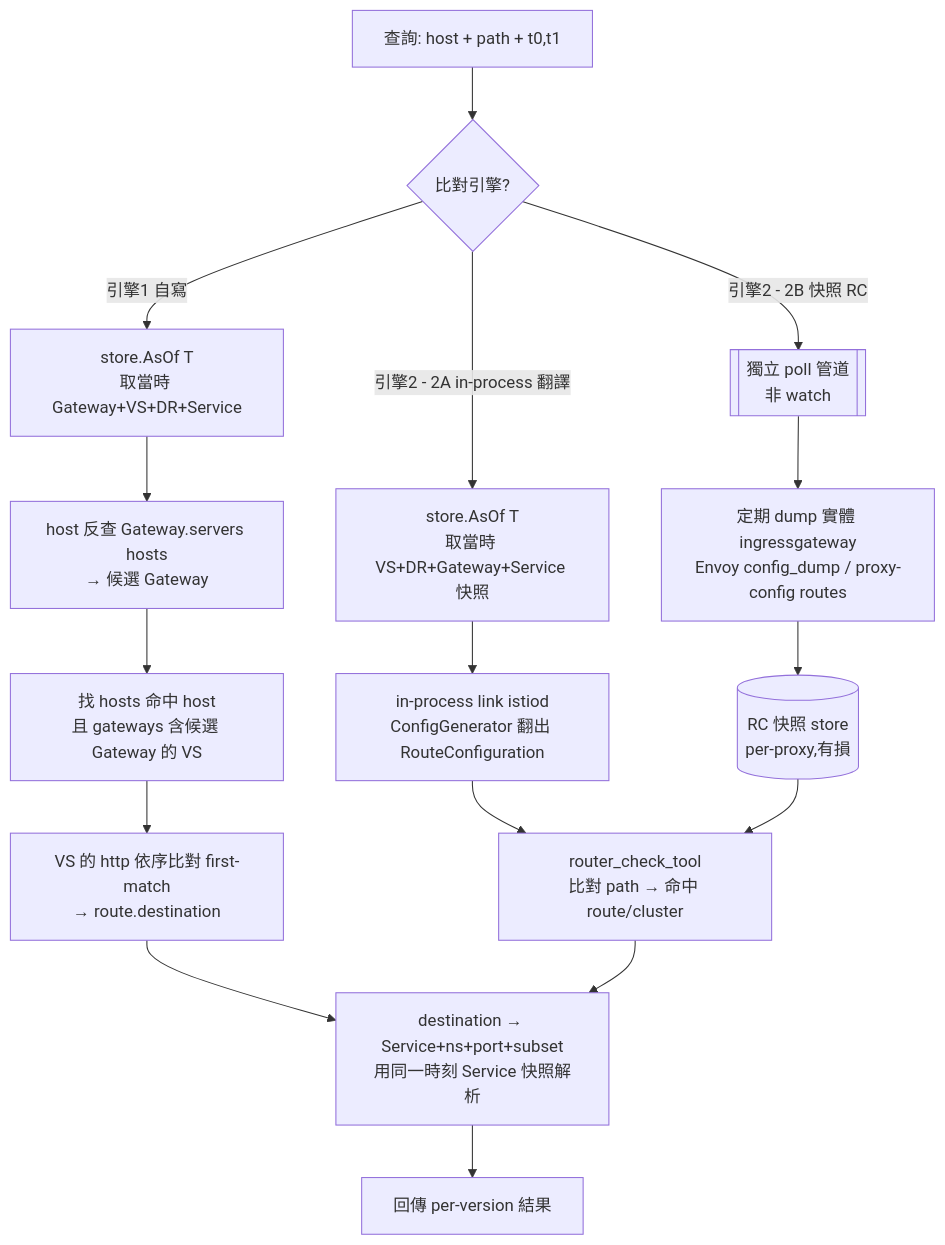
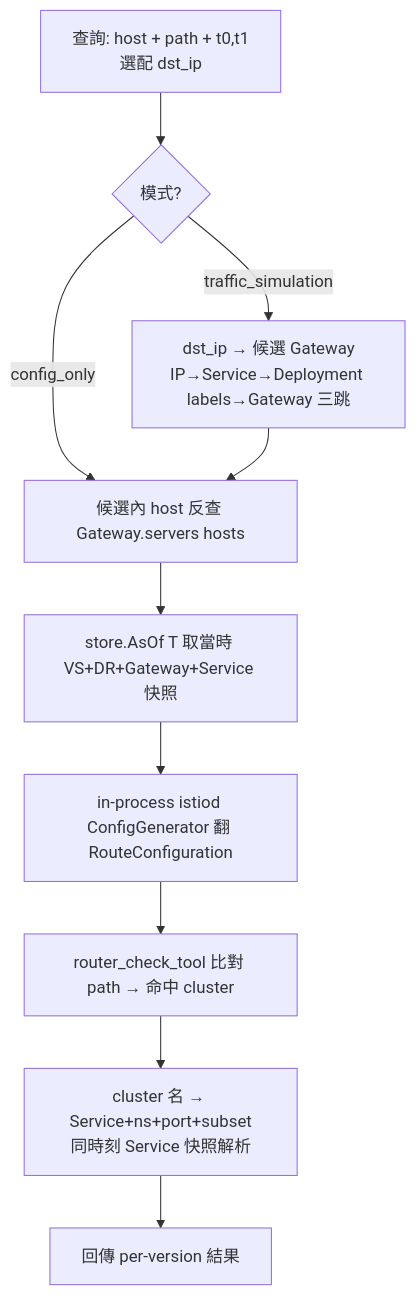
The fifth of 6 diagrams in docs/istio-virtualservice-routing-history-design.md (jcswiftie13/custom-k8s-resource-metadata-watcher), drawn with Mermaid before and after one commit. The commit also changed other lines of this file and 12 other files, not shown here.

````diff
--- a/docs/istio-virtualservice-routing-history-design.md
+++ b/docs/istio-virtualservice-routing-history-design.md
@@ -114,22 +170,12 @@
 ```mermaid
 graph TD
-    Q[查詢: host + path + t0,t1] --> R{比對引擎?}
-
-    R -->|引擎1 自寫| S1[store.AsOf T<br/>取當時 Gateway+VS+DR+Service]
-    S1 --> S2[host 反查 Gateway.servers hosts<br/>→ 候選 Gateway]
-    S2 --> S3[找 hosts 命中 host<br/>且 gateways 含候選 Gateway 的 VS]
-    S3 --> S4[VS 的 http 依序比對 first-match<br/>→ route.destination]
-
-    R -->|引擎2 - 2A in-process 翻譯| T1[store.AsOf T<br/>取當時 VS+DR+Gateway+Service 快照]
-    T1 --> T2[in-process link istiod<br/>ConfigGenerator 翻出 RouteConfiguration]
-    T2 --> U[router_check_tool<br/>比對 path → 命中 route/cluster]
-
-    R -->|引擎2 - 2B 快照 RC| V1[[獨立 poll 管道<br/>非 watch]]
-    V1 --> V2[定期 dump 實體 ingressgateway<br/>Envoy config_dump / proxy-config routes]
-    V2 --> V3[(RC 快照 store<br/>per-proxy,有損)]
-    V3 --> U
-
-    S4 --> W[destination → Service+ns+port+subset<br/>用同一時刻 Service 快照解析]
-    U --> W
+    Q[查詢: host + path + t0,t1<br/>選配 dst_ip] --> M{模式?}
+    M -->|traffic_simulation| P[dst_ip → 候選 Gateway<br/>IP→Service→Deployment labels→Gateway 三跳]
+    M -->|config_only| S2
+    P --> S2[候選內 host 反查 Gateway.servers hosts]
+    S2 --> T1[store.AsOf T 取當時 VS+DR+Gateway+Service 快照]
+    T1 --> T2[in-process istiod ConfigGenerator 翻 RouteConfiguration]
+    T2 --> U[router_check_tool 比對 path → 命中 cluster]
+    U --> W[cluster 名 → Service+ns+port+subset<br/>同時刻 Service 快照解析]
     W --> X[回傳 per-version 結果]
 ```
````
